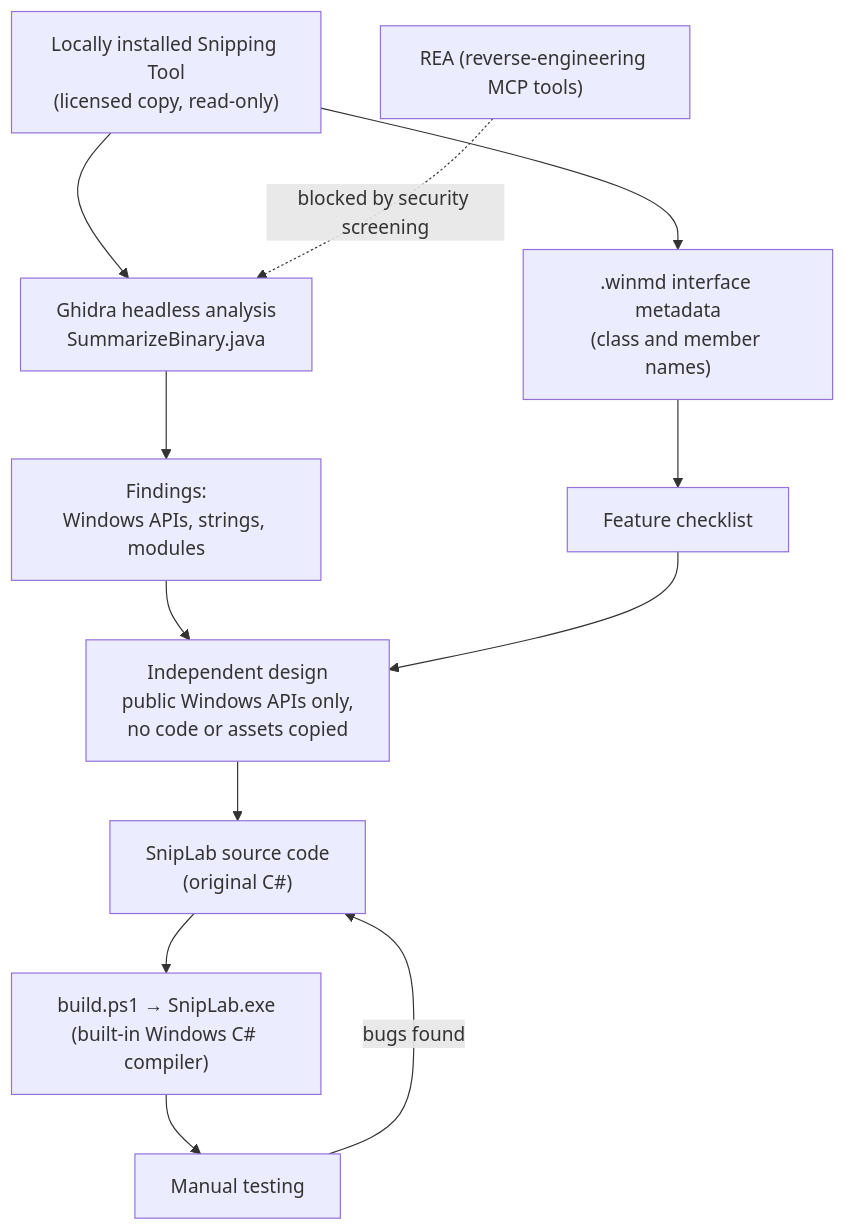
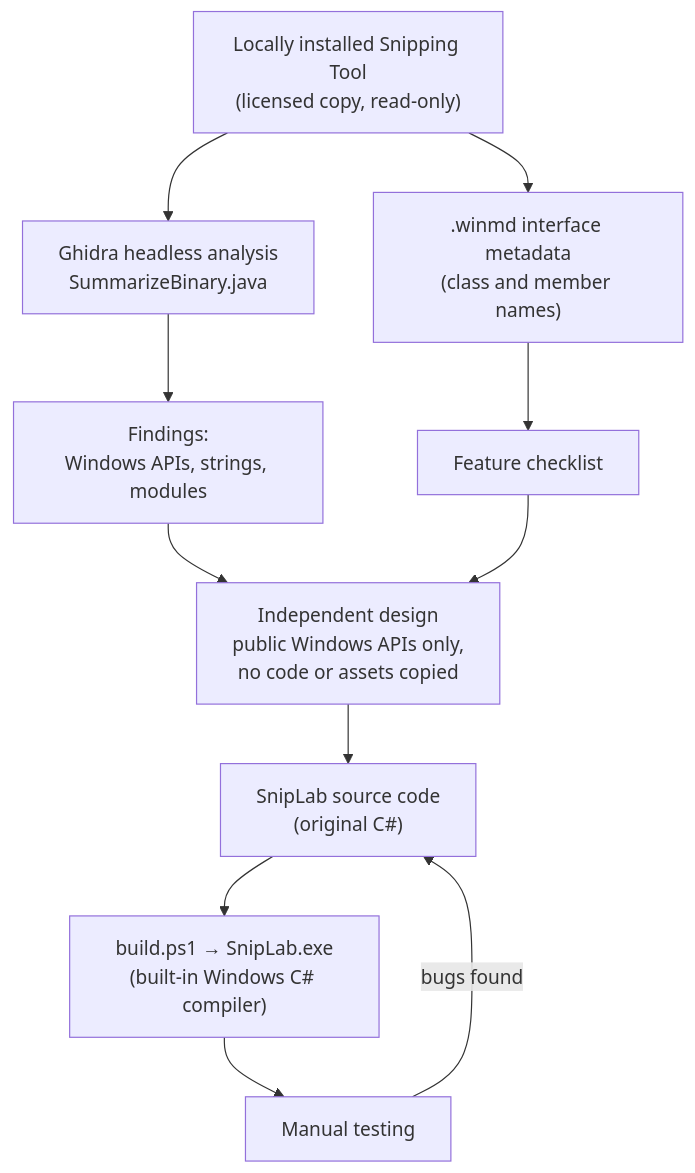
Before and after one commit to SharmaSamarth/SnipLab-A-REA-Project: the first of 2 diagrams in README.md, drawn with Mermaid. The commit also changed other lines of this file, not shown here.

Commit message:
README: drop blocked-by notes and describe REA as the next step

````diff
--- a/README.md
+++ b/README.md
@@ -72,14 +72,13 @@
 ```mermaid
 flowchart TD
     A["Locally installed Snipping Tool<br/>(licensed copy, read-only)"] --> B["Ghidra headless analysis<br/>SummarizeBinary.java"]
     A --> C[".winmd interface metadata<br/>(class and member names)"]
     B --> D["Findings:<br/>Windows APIs, strings, modules"]
     C --> E["Feature checklist"]
     D --> F["Independent design<br/>public Windows APIs only,<br/>no code or assets copied"]
     E --> F
     F --> G["SnipLab source code<br/>(original C#)"]
     G --> H["build.ps1 → SnipLab.exe<br/>(built-in Windows C# compiler)"]
     H --> I["Manual testing"]
     I -- "bugs found" --> G
-    R["REA (reverse-engineering MCP tools)"] -. "blocked by security screening" .-> B
 ```
````
